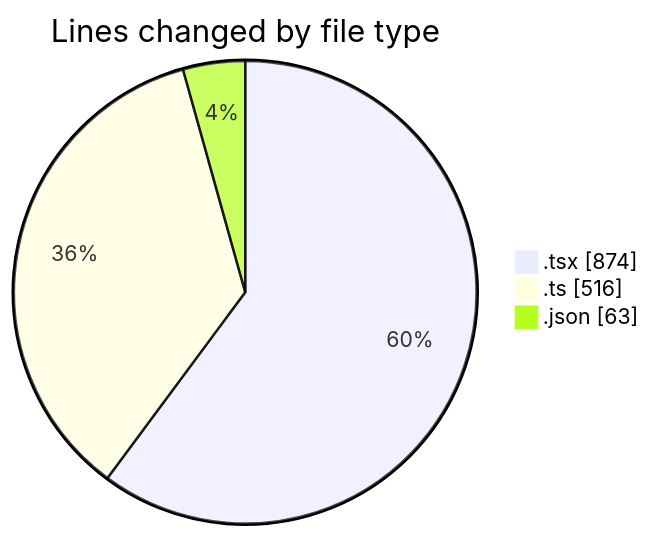
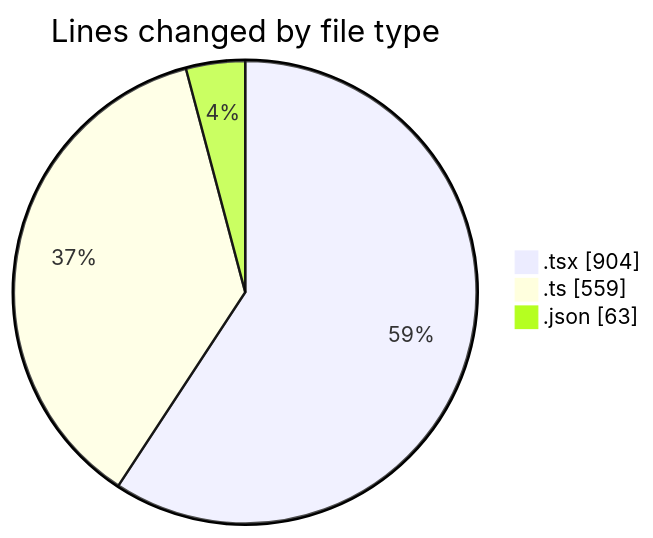
Before and after one commit to julien-gomy/code-tracking: the first of 2 diagrams in 2025-10-21/eventscop-frontend-guide__workspace_/README.md, drawn with Mermaid. The commit also changed other lines of this file and 1 other file, not shown here.

````diff
--- a/2025-10-21/eventscop-frontend-guide__workspace_/README.md
+++ b/2025-10-21/eventscop-frontend-guide__workspace_/README.md
@@ -37,7 +37,7 @@
 ```mermaid
 pie showData
 title Lines changed by file type
-".tsx" : 874
-".ts" : 516
+".tsx" : 904
+".ts" : 559
 ".json" : 63
 ```
````
